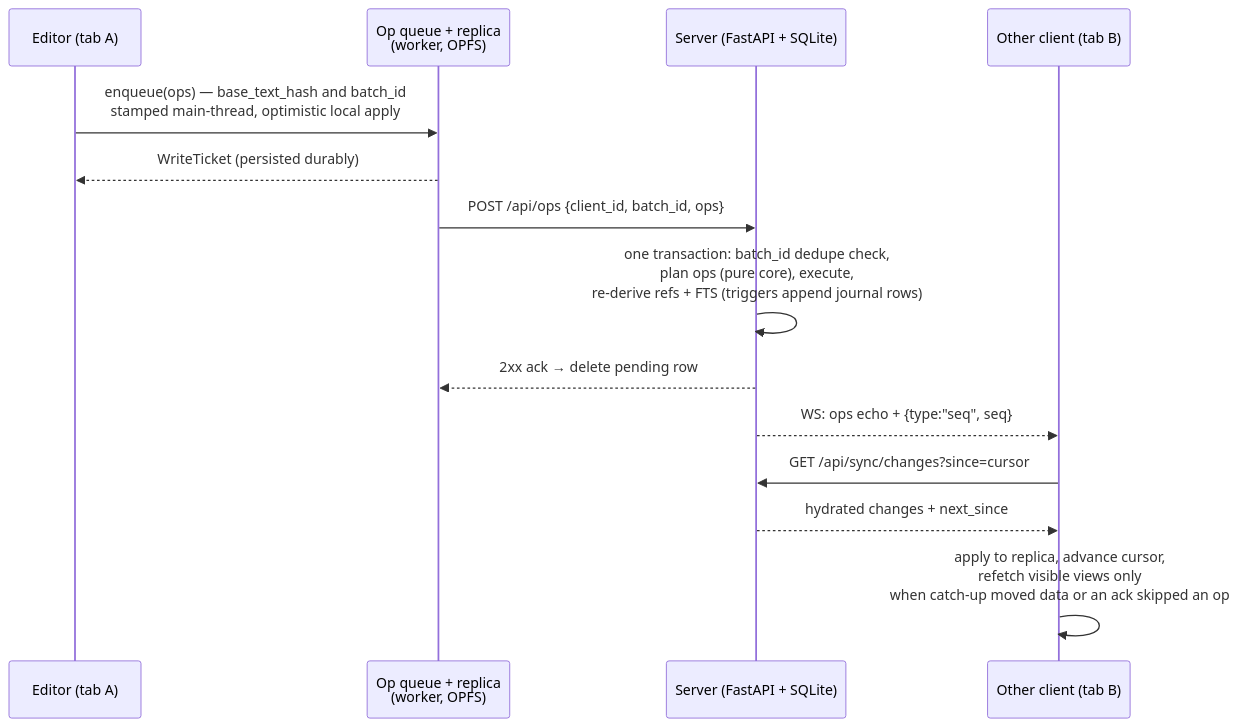
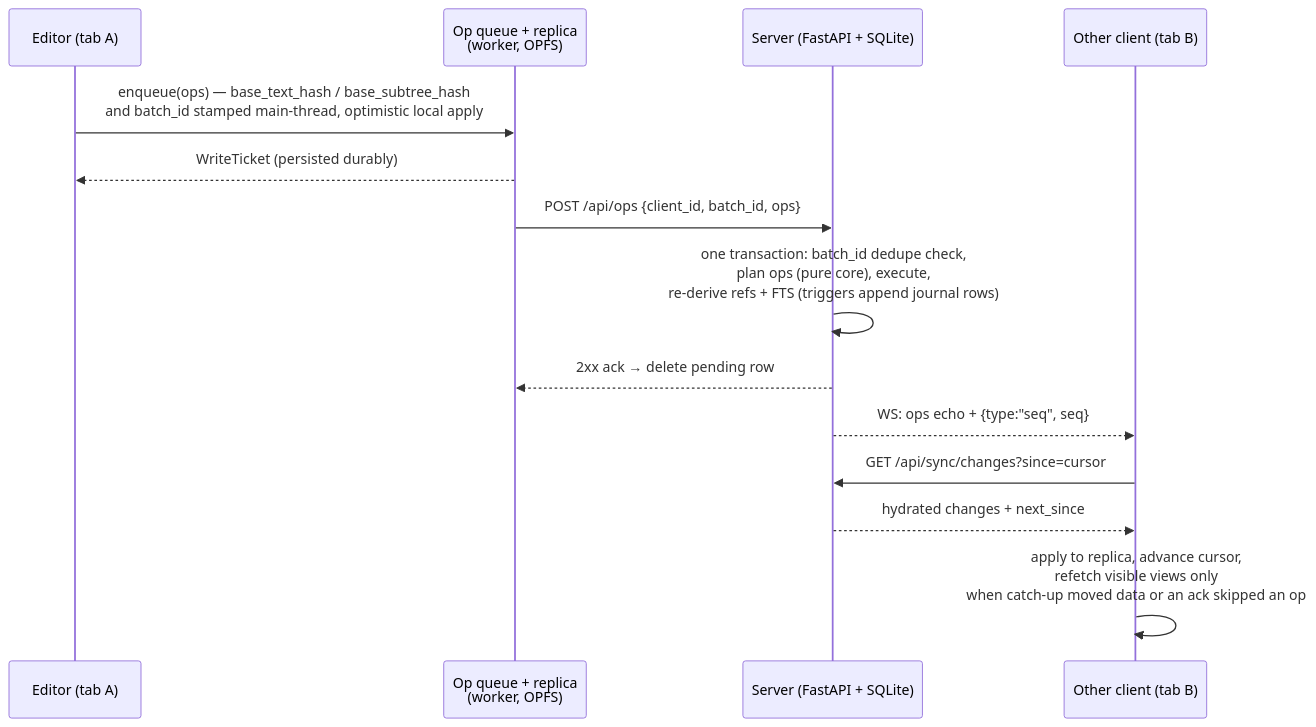
The first of 3 diagrams in docs/architecture/sync-and-offline.md (ArthurClune/pkm-system), drawn with Mermaid before and after one commit. The commit also changed other lines of this file and 7 other files, not shown here.

````diff
--- a/docs/architecture/sync-and-offline.md
+++ b/docs/architecture/sync-and-offline.md
@@ -42,17 +42,17 @@
 ```mermaid
 sequenceDiagram
     participant U as Editor (tab A)
     participant Q as Op queue + replica<br/>(worker, OPFS)
     participant S as Server (FastAPI + SQLite)
     participant B as Other client (tab B)
 
-    U->>Q: enqueue(ops) — base_text_hash and batch_id<br/>stamped main-thread, optimistic local apply
+    U->>Q: enqueue(ops) — base_text_hash / base_subtree_hash<br/>and batch_id stamped main-thread, optimistic local apply
     Q-->>U: WriteTicket (persisted durably)
     Q->>S: POST /api/ops {client_id, batch_id, ops}
     S->>S: one transaction: batch_id dedupe check,<br/>plan ops (pure core), execute,<br/>re-derive refs + FTS (triggers append journal rows)
     S-->>Q: 2xx ack → delete pending row
     S-->>B: WS: ops echo + {type:"seq", seq}
     B->>S: GET /api/sync/changes?since=cursor
     S-->>B: hydrated changes + next_since
     B->>B: apply to replica, advance cursor,<br/>refetch visible views only<br/>when catch-up moved data or an ack skipped an op
 ```
````
